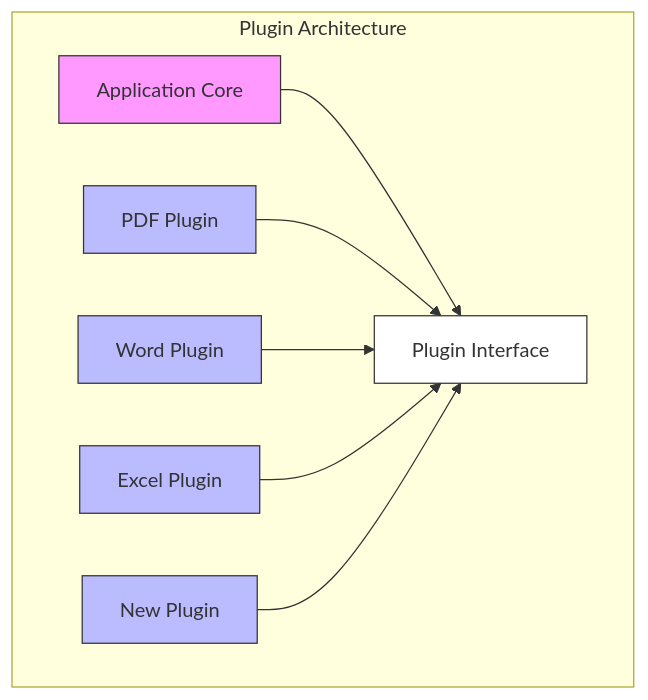
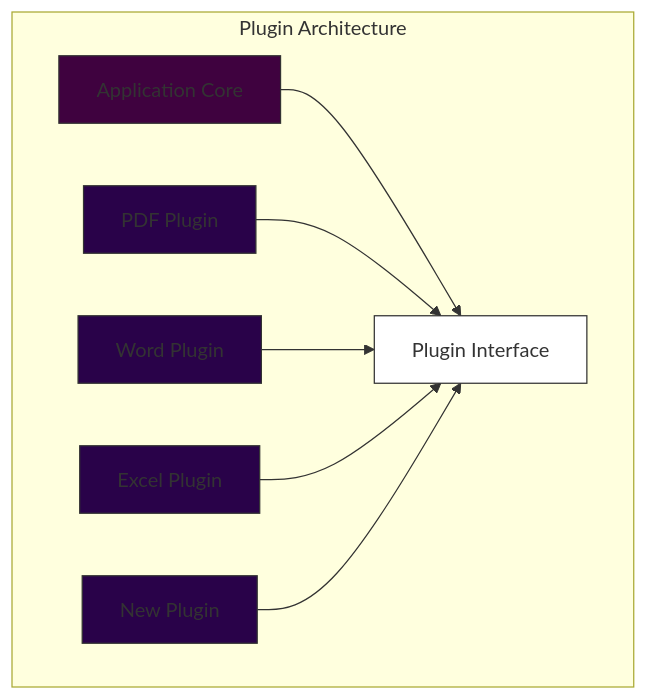
Before and after one commit to hezronkimutai/solid_principles: the third of 3 diagrams in OCP/README.md, drawn with Mermaid. The commit also changed other lines of this file and 5 other files, not shown here.

````diff
--- a/OCP/README.md
+++ b/OCP/README.md
@@ -141,16 +141,16 @@
 ```mermaid
 graph TD
     subgraph "Plugin Architecture"
     A[Application Core] --> B[Plugin Interface]
     C[PDF Plugin] --> B
     D[Word Plugin] --> B
     E[Excel Plugin] --> B
     F[New Plugin] --> B
-    style A fill:#f9f,stroke:#333
+    style A fill:#3f023f,stroke:#333
     style B fill:#fff,stroke:#333
-    style C fill:#bbf,stroke:#333
-    style D fill:#bbf,stroke:#333
-    style E fill:#bbf,stroke:#333
-    style F fill:#bbf,stroke:#333
+    style C fill:#290249,stroke:#333
+    style D fill:#290249,stroke:#333
+    style E fill:#290249,stroke:#333
+    style F fill:#290249,stroke:#333
     end
 ```
````
